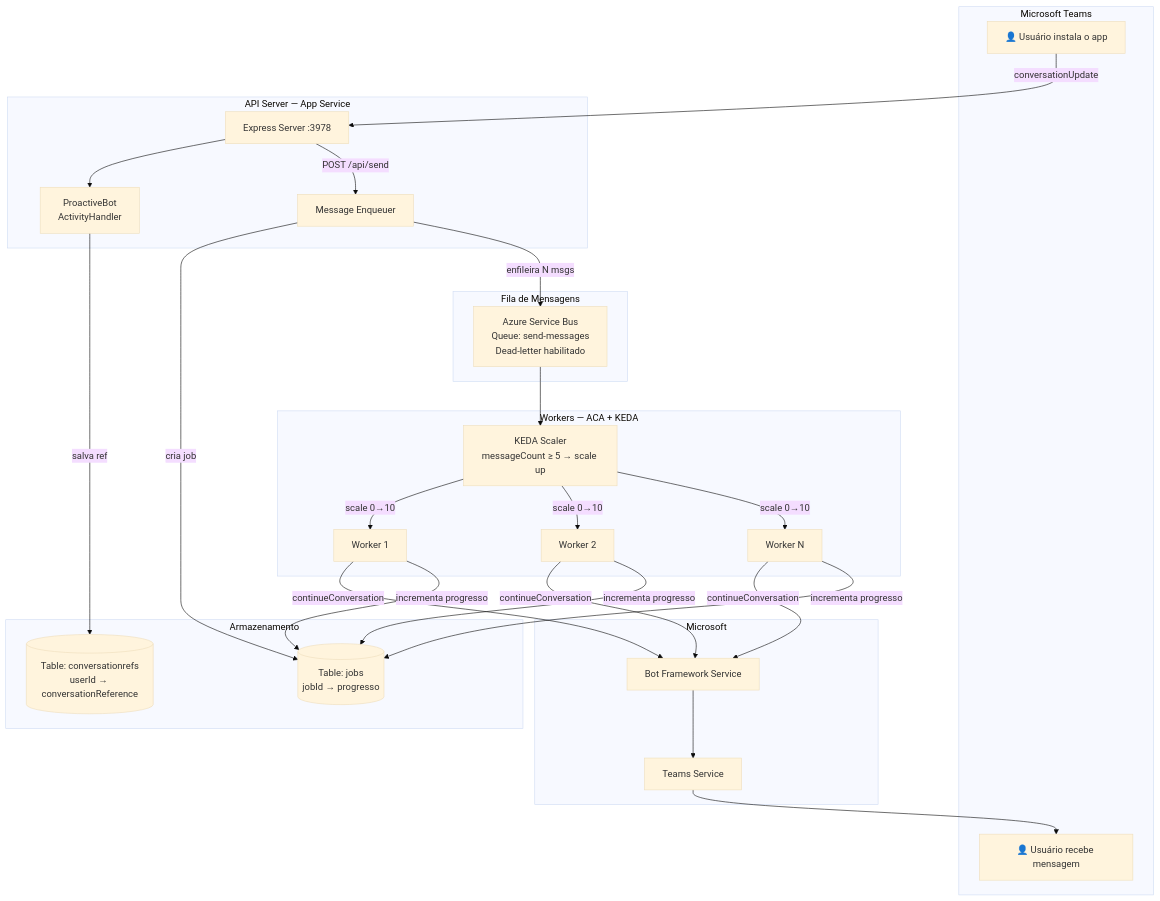
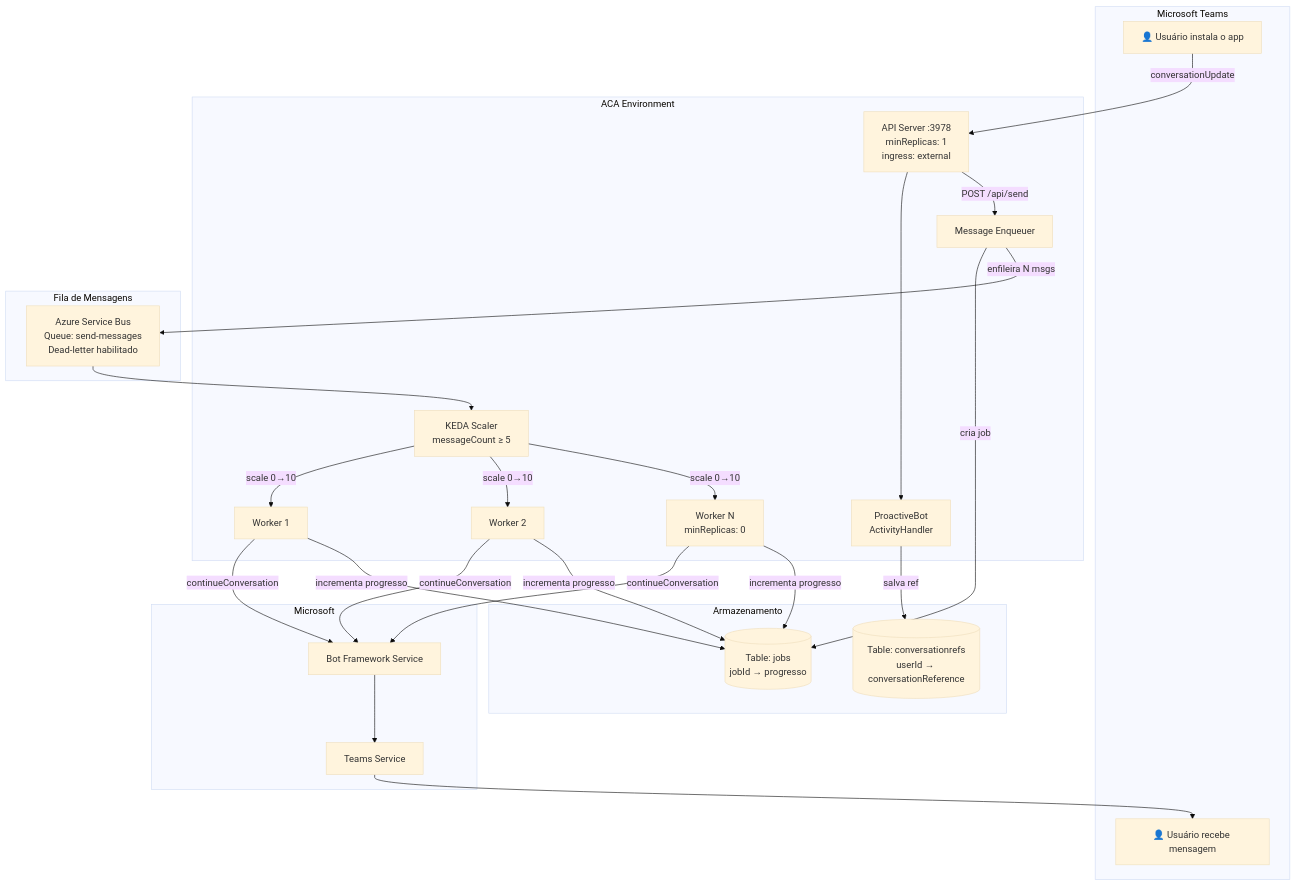
The second of 6 diagrams in README.md (EdneiMonteiro/teams_msgs), drawn with Mermaid (base theme) before and after one commit. The commit also changed other lines of this file and 2 other files, not shown here.

First line of the commit message:
feat: migrate API from App Service to ACA

````diff
--- a/README.md
+++ b/README.md
@@ -85,57 +85,54 @@
 ```mermaid
 graph TB
     subgraph "Microsoft Teams"
         U1[👤 Usuário instala o app]
         U2[👤 Usuário recebe mensagem]
     end
 
-    subgraph "API Server — App Service"
-        API[Express Server :3978]
+    subgraph "ACA Environment"
+        API[API Server :3978<br/>minReplicas: 1<br/>ingress: external]
         BOT[ProactiveBot<br/>ActivityHandler]
         ENQ[Message Enqueuer]
+        K[KEDA Scaler<br/>messageCount ≥ 5]
+        W1[Worker 1]
+        W2[Worker 2]
+        WN[Worker N<br/>minReplicas: 0]
     end
 
     subgraph "Armazenamento"
         TS1[(Table: conversationrefs<br/>userId → conversationReference)]
         TS2[(Table: jobs<br/>jobId → progresso)]
     end
 
     subgraph "Fila de Mensagens"
         SB[Azure Service Bus<br/>Queue: send-messages<br/>Dead-letter habilitado]
-    end
-
-    subgraph "Workers — ACA + KEDA"
-        K[KEDA Scaler<br/>messageCount ≥ 5 → scale up]
-        W1[Worker 1]
-        W2[Worker 2]
-        WN[Worker N]
     end
 
     subgraph "Microsoft"
         BF[Bot Framework Service]
         TMS[Teams Service]
     end
 
     U1 -->|conversationUpdate| API
     API --> BOT
     BOT -->|salva ref| TS1
 
     API -->|POST /api/send| ENQ
     ENQ -->|cria job| TS2
     ENQ -->|enfileira N msgs| SB
 
     SB --> K
     K -->|scale 0→10| W1
     K -->|scale 0→10| W2
     K -->|scale 0→10| WN
 
     W1 -->|continueConversation| BF
     W2 -->|continueConversation| BF
     WN -->|continueConversation| BF
 
     BF --> TMS --> U2
 
     W1 -->|incrementa progresso| TS2
     W2 -->|incrementa progresso| TS2
     WN -->|incrementa progresso| TS2
 ```
````
